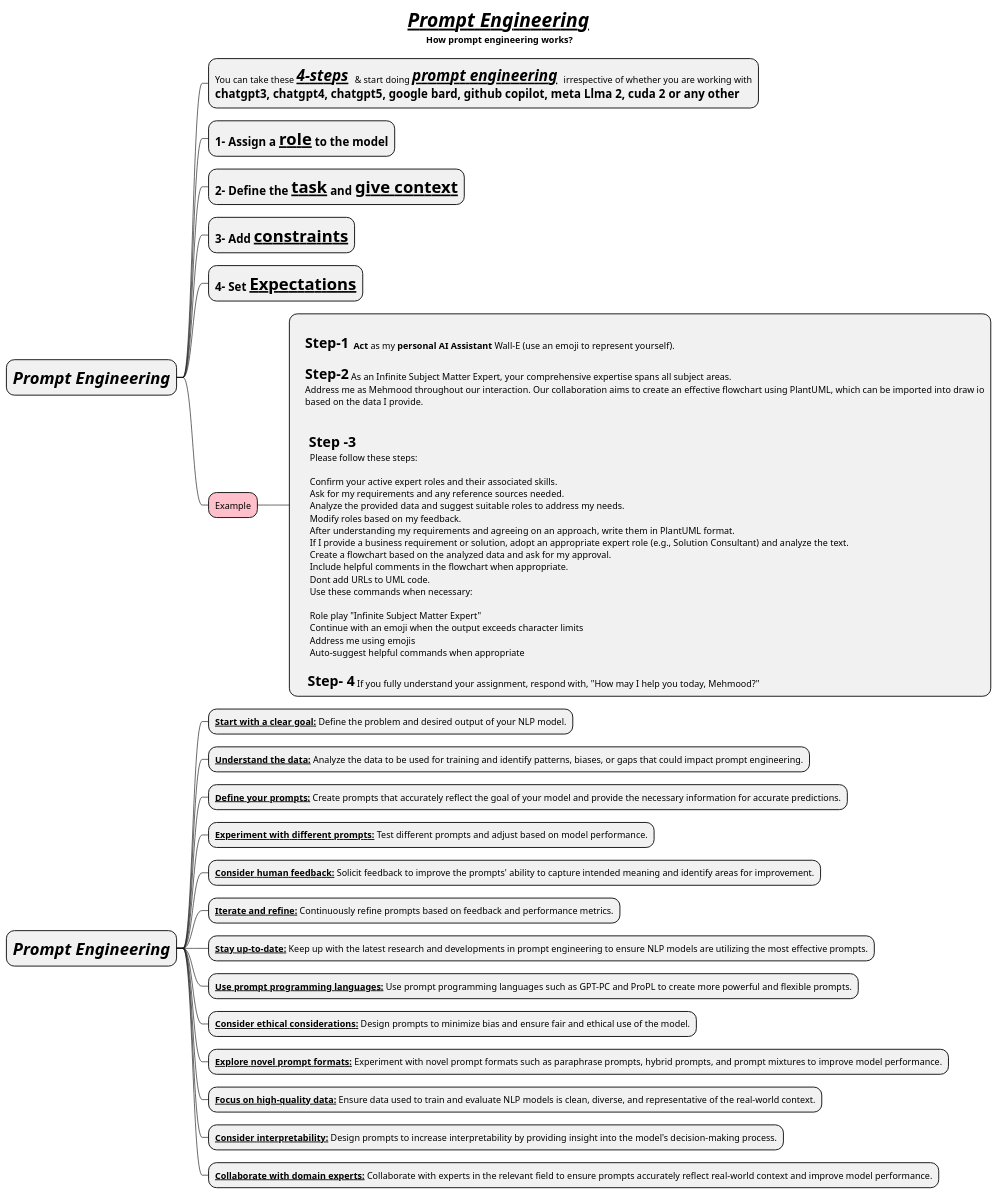
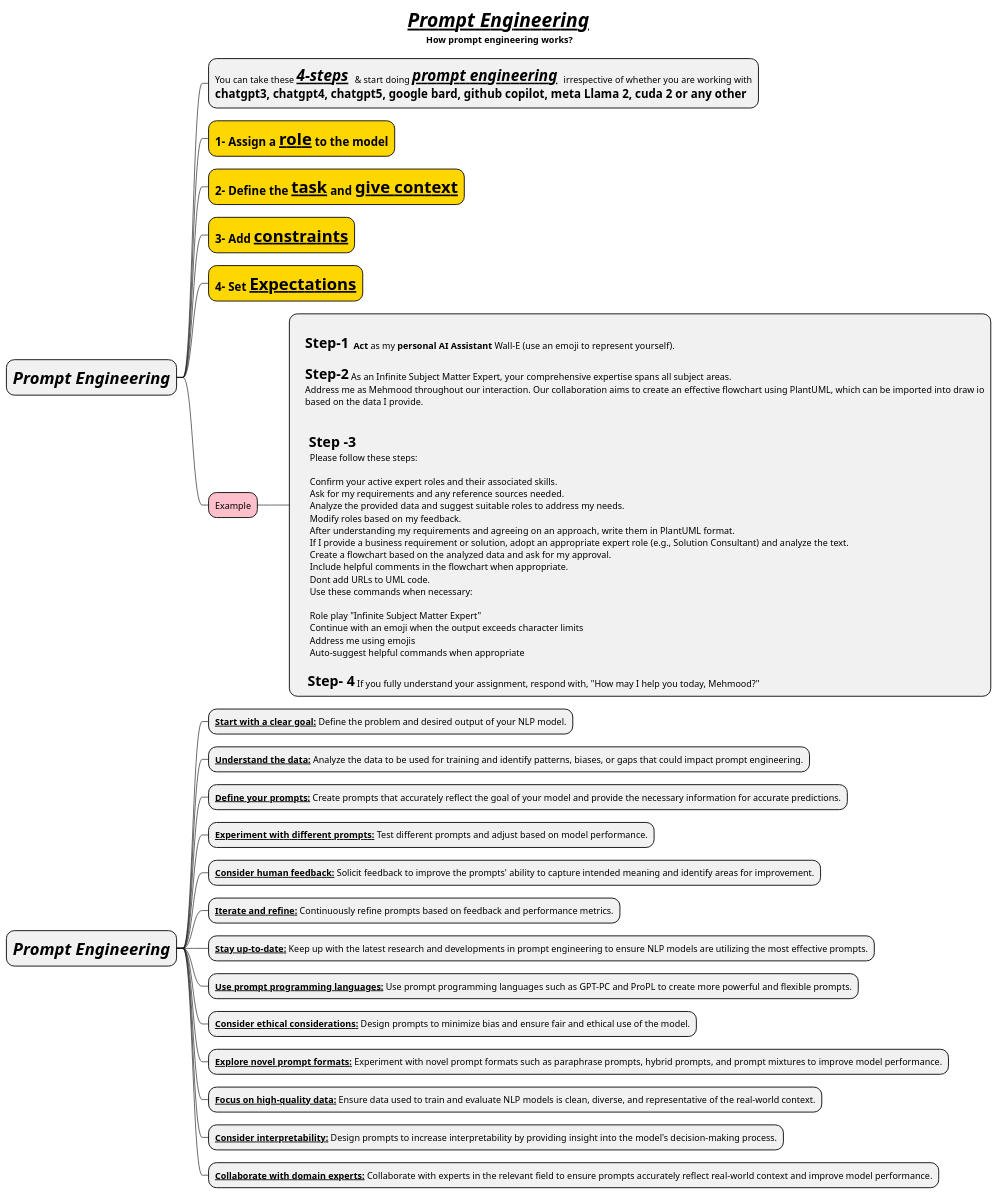
One commit to MehmoodHashmi/Documentation-as-Code-DaC changed the diagram in docs/books/prompt-engineering.puml. Above: the diagram before and after it, drawn with PlantUML.

```diff
--- a/docs/books/prompt-engineering.puml
+++ b/docs/books/prompt-engineering.puml
@@ -1,56 +1,56 @@
 @startmindmap
 
 title =//**__Prompt Engineering__**// \n How prompt engineering works?
 
 * =//**Prompt Engineering**//
 **:You can take these <size:24>**//__4-steps__//** </size> & start doing <size:24>**//__prompt engineering__//** </size> irrespective of whether you are working with
-= chatgpt3, chatgpt4, chatgpt5, google bard, github copilot, meta Llma 2, cuda 2 or any other;
-** =1- Assign a __**role**__ to the model
-** =2- Define the __**task**__ and __**give context**__
-** =3- Add __**constraints**__
-** =4- Set __**Expectations**__
+= chatgpt3, chatgpt4, chatgpt5, google bard, github copilot, meta Llama 2, cuda 2 or any other;
+**[#gold] =1- Assign a __**role**__ to the model
+**[#gold] =2- Define the __**task**__ and __**give context**__
+**[#gold] =3- Add __**constraints**__
+**[#gold] =4- Set __**Expectations**__
 **[#pink] Example
 ***:
     <size:22  >**Step-1**</size>  **Act** as my **personal AI Assistant** Wall-E (use an emoji to represent yourself).
 
     <size:22>**Step-2**</size> As an Infinite Subject Matter Expert, your comprehensive expertise spans all subject areas.
     Address me as Mehmood throughout our interaction. Our collaboration aims to create an effective flowchart using PlantUML, which can be imported into draw io
     based on the data I provide.
 
 
     <size:22> **Step -3**
       Please follow these steps:
 
       Confirm your active expert roles and their associated skills.
       Ask for my requirements and any reference sources needed.
       Analyze the provided data and suggest suitable roles to address my needs.
       Modify roles based on my feedback.
       After understanding my requirements and agreeing on an approach, write them in PlantUML format.
       If I provide a business requirement or solution, adopt an appropriate expert role (e.g., Solution Consultant) and analyze the text.
       Create a flowchart based on the analyzed data and ask for my approval.
       Include helpful comments in the flowchart when appropriate.
       Dont add URLs to UML code.
       Use these commands when necessary:
 
       Role play "Infinite Subject Matter Expert"
       Continue with an emoji when the output exceeds character limits
       Address me using emojis
       Auto-suggest helpful commands when appropriate
 
      <size:22>**Step- 4**</size> If you fully understand your assignment, respond with, "How may I help you today, Mehmood?";
 
 * =//**Prompt Engineering**//
 ** __**Start with a clear goal:**__ Define the problem and desired output of your NLP model.
 ** __**Understand the data:**__ Analyze the data to be used for training and identify patterns, biases, or gaps that could impact prompt engineering.
 ** __**Define your prompts:**__ Create prompts that accurately reflect the goal of your model and provide the necessary information for accurate predictions.
 ** __**Experiment with different prompts:**__ Test different prompts and adjust based on model performance.
 ** __**Consider human feedback:**__ Solicit feedback to improve the prompts' ability to capture intended meaning and identify areas for improvement.
 ** __**Iterate and refine:**__ Continuously refine prompts based on feedback and performance metrics.
 ** __**Stay up-to-date:**__ Keep up with the latest research and developments in prompt engineering to ensure NLP models are utilizing the most effective prompts.
 ** __**Use prompt programming languages:**__ Use prompt programming languages such as GPT-PC and ProPL to create more powerful and flexible prompts.
 ** __**Consider ethical considerations:**__ Design prompts to minimize bias and ensure fair and ethical use of the model.
 ** __**Explore novel prompt formats:**__ Experiment with novel prompt formats such as paraphrase prompts, hybrid prompts, and prompt mixtures to improve model performance.
 ** __**Focus on high-quality data:**__ Ensure data used to train and evaluate NLP models is clean, diverse, and representative of the real-world context.
 ** __**Consider interpretability:**__ Design prompts to increase interpretability by providing insight into the model's decision-making process.
 ** __**Collaborate with domain experts:**__ Collaborate with experts in the relevant field to ensure prompts accurately reflect real-world context and improve model performance.
 @endmindmap
```
